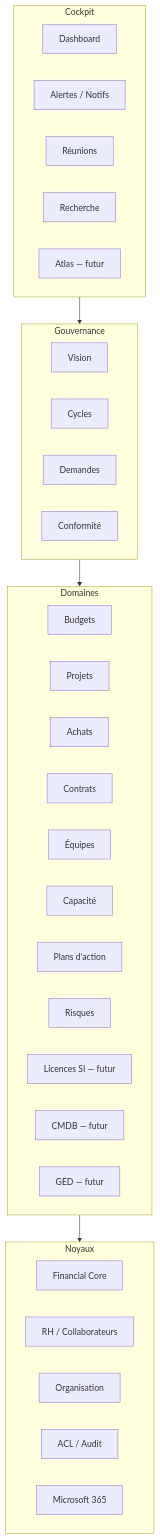
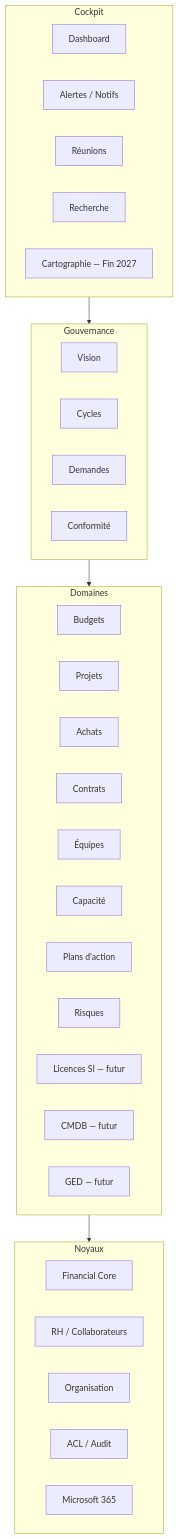
One commit to StephaneAtlani/starium-Orchestra changed the first of 4 diagrams in docs/LIAISONS-MODULES.md. Above: the diagram before and after it, drawn with Mermaid. The commit also changed other lines of this file and 26 other files, not shown here.

````diff
--- a/docs/LIAISONS-MODULES.md
+++ b/docs/LIAISONS-MODULES.md
@@ -34,37 +34,37 @@
 ```mermaid
 flowchart TB
   subgraph cockpit [Cockpit]
     DASH[Dashboard]
     ALERT[Alertes / Notifs]
     MEET[Réunions]
     SEARCH[Recherche]
-    ATLAS[Atlas — futur]
+            ATLAS[Cartographie — Fin 2027]
   end
   subgraph gouv [Gouvernance]
     VIS[Vision]
     CYC[Cycles]
     IN[Demandes]
     COMP[Conformité]
   end
   subgraph dom [Domaines]
     BUD[Budgets]
     PROJ[Projets]
     ACH[Achats]
     CTR[Contrats]
     TEAM[Équipes]
     CAPA[Capacité]
     PLAN[Plans d'action]
     RISK[Risques]
     LIC[Licences SI — futur]
     CMDB[CMDB — futur]
     GED[GED — futur]
   end
   subgraph noy [Noyaux]
     FIN[Financial Core]
     RH[RH / Collaborateurs]
     ORG[Organisation]
     ACL[ACL / Audit]
     M365[Microsoft 365]
   end
   cockpit --> gouv --> dom --> noy
 ```
````
